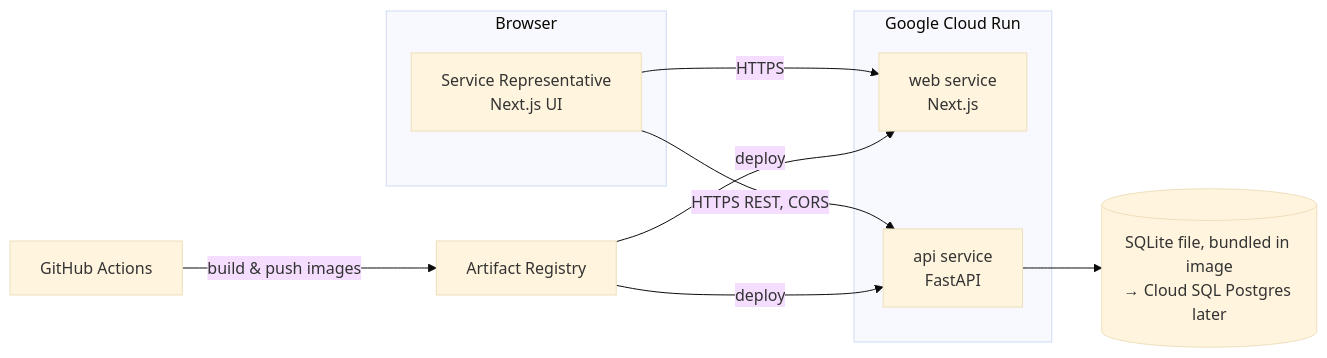
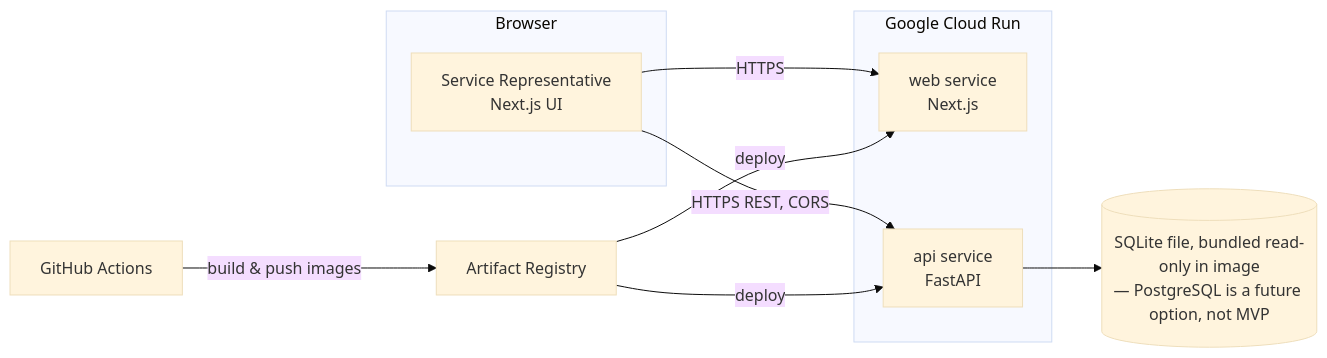
One commit to WorkflowFox/member-eligibility-fullstack changed the first of 2 diagrams in _docs/architecture.md. Above: the diagram before and after it, drawn with Mermaid (base theme). The commit also changed other lines of this file, not shown here.

First line of the commit message:
Revise architecture.md: PostgreSQL becomes optional future evolution (v0.2)

````diff
--- a/_docs/architecture.md
+++ b/_docs/architecture.md
@@ -31,21 +31,21 @@
 ```mermaid
 flowchart LR
     subgraph Browser
         UI[Service Representative<br/>Next.js UI]
     end
 
     subgraph "Google Cloud Run"
         WEB[web service<br/>Next.js]
         API[api service<br/>FastAPI]
     end
 
-    DB[(SQLite file, bundled in image<br/>→ Cloud SQL Postgres later)]
+    DB[(SQLite file, bundled read-only in image<br/>— PostgreSQL is a future option, not MVP)]
 
     UI -->|HTTPS| WEB
     UI -->|HTTPS REST, CORS| API
     API --> DB
 
     GH[GitHub Actions] -->|build & push images| AR[Artifact Registry]
     AR -->|deploy| WEB
     AR -->|deploy| API
 ```
````
